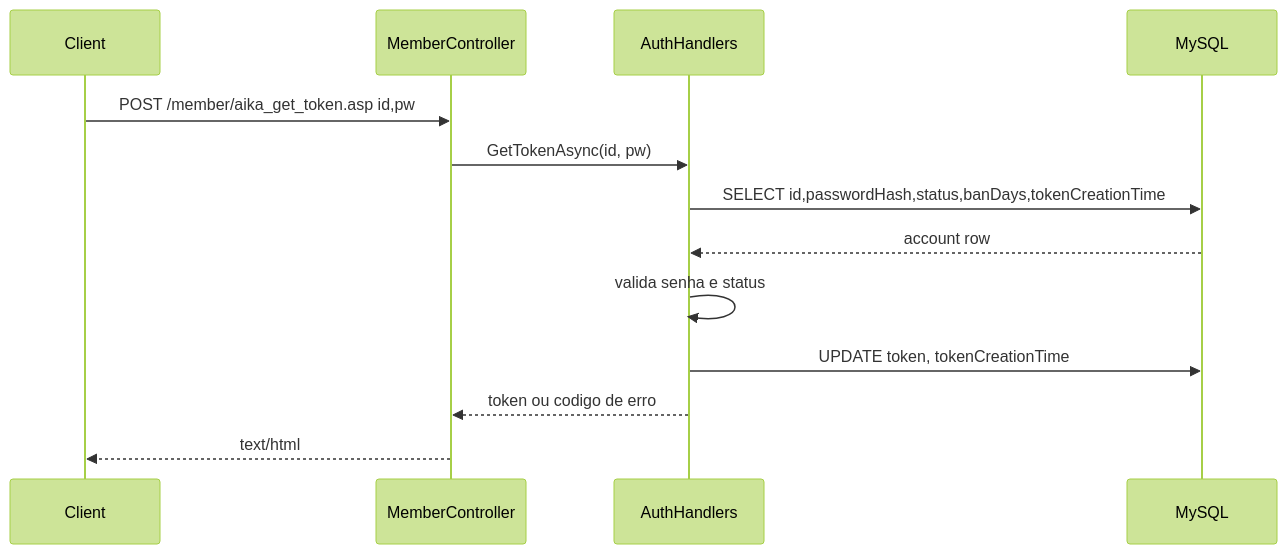
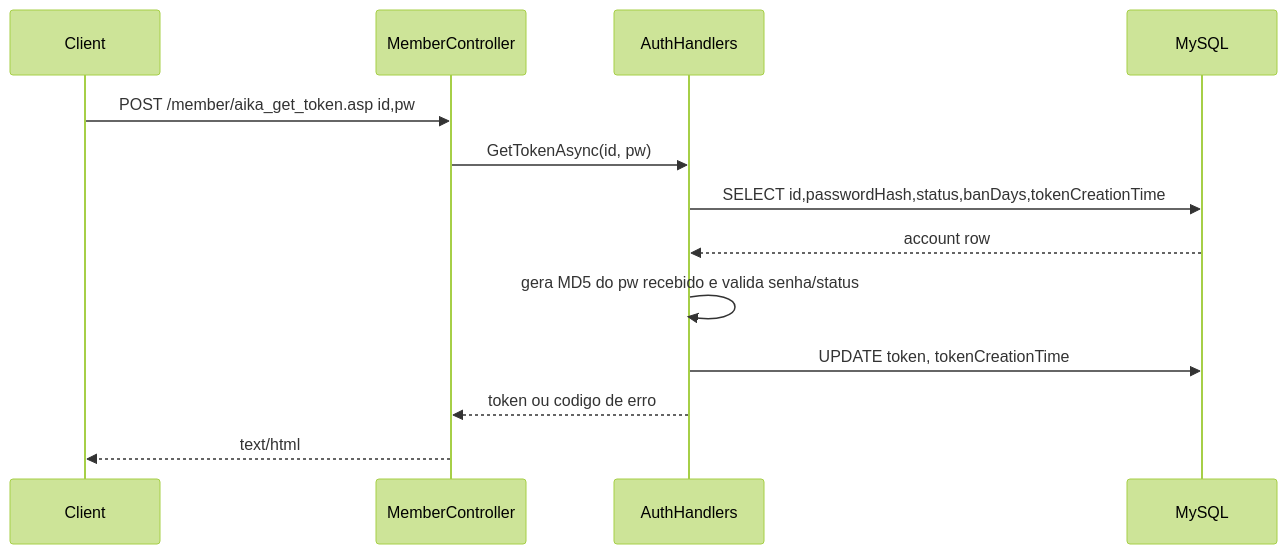
Before and after one commit to rootIV/SecondBrain: the diagram in SecondBrain/Projects/Aika OG/Auth/Aika OG - Sistema de Auth.md, drawn with Mermaid (forest theme). The commit also changed other lines of this file and 21 other files, not shown here.

````diff
--- a/SecondBrain/Projects/Aika OG/Auth/Aika OG - Sistema de Auth.md
+++ b/SecondBrain/Projects/Aika OG/Auth/Aika OG - Sistema de Auth.md
@@ -33,16 +33,16 @@
 ```mermaid
 sequenceDiagram
     participant Client
     participant MemberController
     participant AuthHandlers
     participant MySQL
 
     Client->>MemberController: POST /member/aika_get_token.asp id,pw
     MemberController->>AuthHandlers: GetTokenAsync(id, pw)
     AuthHandlers->>MySQL: SELECT id,passwordHash,status,banDays,tokenCreationTime
     MySQL-->>AuthHandlers: account row
-    AuthHandlers->>AuthHandlers: valida senha e status
+    AuthHandlers->>AuthHandlers: gera MD5 do pw recebido e valida senha/status
     AuthHandlers->>MySQL: UPDATE token, tokenCreationTime
     AuthHandlers-->>MemberController: token ou codigo de erro
     MemberController-->>Client: text/html
 ```
````
